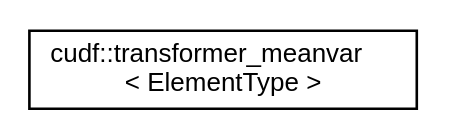
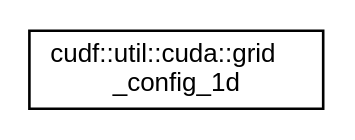
One commit to rapidsai/projects changed the diagram in libcudf/0.9.0/inherit_graph_191.dot. Above: the diagram before and after it, drawn with Graphviz. The commit also changed 707 other files, not shown here.

```diff
--- a/libcudf/0.9.0/inherit_graph_191.dot
+++ b/libcudf/0.9.0/inherit_graph_191.dot
@@ -1,7 +1,7 @@
 digraph "Graphical Class Hierarchy"
 {
   edge [fontname="Helvetica",fontsize="10",labelfontname="Helvetica",labelfontsize="10"];
   node [fontname="Helvetica",fontsize="10",shape=record];
   rankdir="LR";
-  Node0 [label="cudf::transformer_meanvar\l\< ElementType \>",height=0.2,width=0.4,color="black", fillcolor="white", style="filled",URL="$structcudf_1_1transformer__meanvar.html",tooltip="Uses a scalar value to construct a meanvar object. This transforms thrust::pair<ElementType, bool> into ResultType = meanvar<ElementType> form. "];
+  Node0 [label="cudf::util::cuda::grid\l_config_1d",height=0.2,width=0.4,color="black", fillcolor="white", style="filled",URL="$classcudf_1_1util_1_1cuda_1_1grid__config__1d.html",tooltip="A kernel grid configuration construction gadget for simple one-dimensional/linear kernels..."];
 }
```
